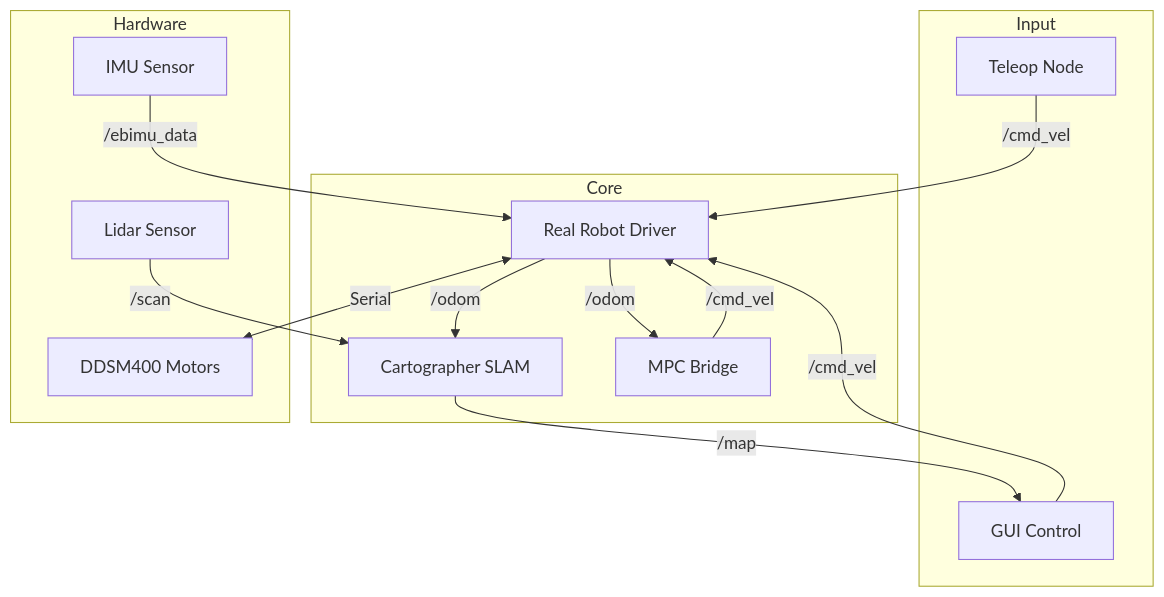
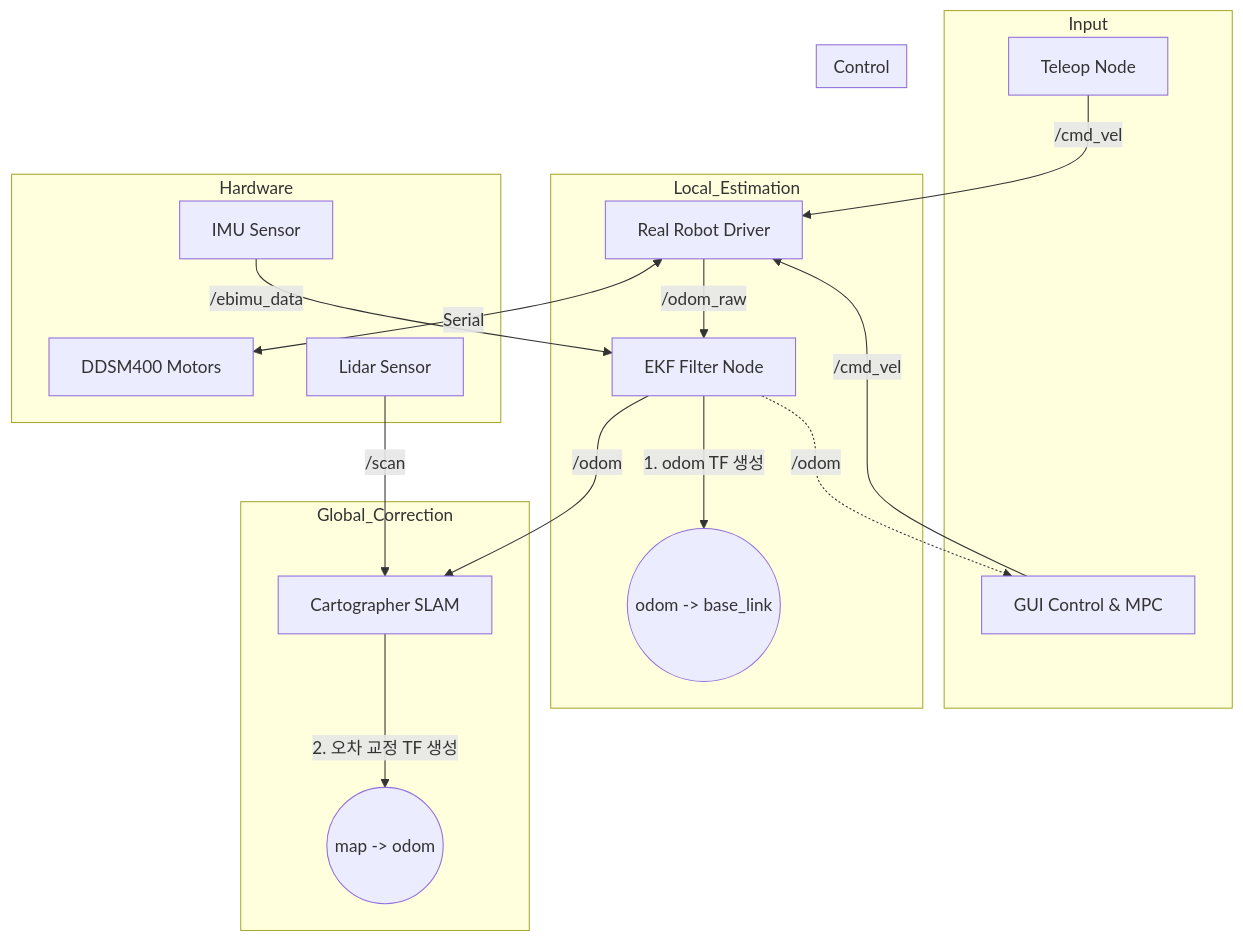
Before and after one commit to jungguck/mobile_robot_proto_type: the diagram in README.md, drawn with Mermaid. The commit also changed other lines of this file and 9 other files, not shown here.

First line of the commit message:
fix: resolve TF mismatch, enhance GUI stability, and integrate MPC controller

````diff
--- a/README.md
+++ b/README.md
@@ -141,29 +129,36 @@
 ```mermaid
 graph TD
     subgraph Input
         Teleop[Teleop Node]
-        GUI[GUI Control]
-    end
-
-    subgraph Core
-        Driver[Real Robot Driver]
-        SLAM[Cartographer SLAM]
-        MPC[MPC Bridge]
+        GUI[GUI Control & MPC]
     end
 
     subgraph Hardware
         Motor[DDSM400 Motors]
         Lidar[Lidar Sensor]
         IMU[IMU Sensor]
     end
 
+    subgraph Local_Estimation
+        Driver[Real Robot Driver]
+        EKF[EKF Filter Node]
+        Driver -->|/odom_raw| EKF
+        IMU -->|/ebimu_data| EKF
+        EKF -->|1. odom TF 생성| OdomTF((odom -> base_link))
+        EKF -.->|/odom| GUI
+    end
+
+    subgraph Global_Correction
+        SLAM[Cartographer SLAM]
+        Lidar -->|/scan| SLAM
+        EKF -->|/odom| SLAM
+        SLAM -->|2. 오차 교정 TF 생성| MapTF((map -> odom))
+    end
+
+    subgraph Control
+        GUI -->|/cmd_vel| Driver
+    end
+
     Teleop -->|/cmd_vel| Driver
-    GUI -->|/cmd_vel| Driver
-    Lidar -->|/scan| SLAM
-    IMU -->|/ebimu_data| Driver
-    Driver -->|/odom| SLAM
-    Driver -->|/odom| MPC
-    SLAM -->|/map| GUI
-    MPC -->|/cmd_vel| Driver
     Driver <-->|Serial| Motor
 ```
````
